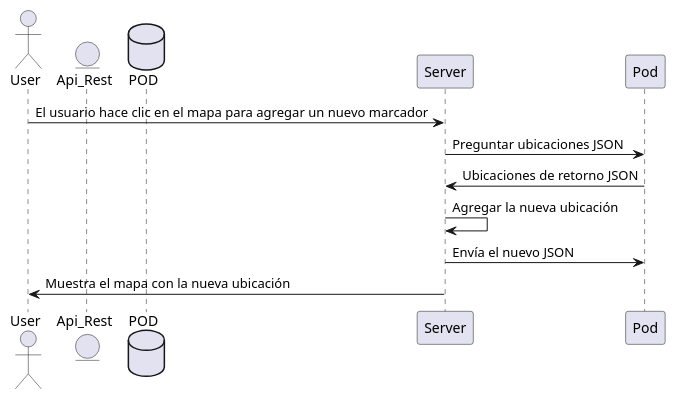
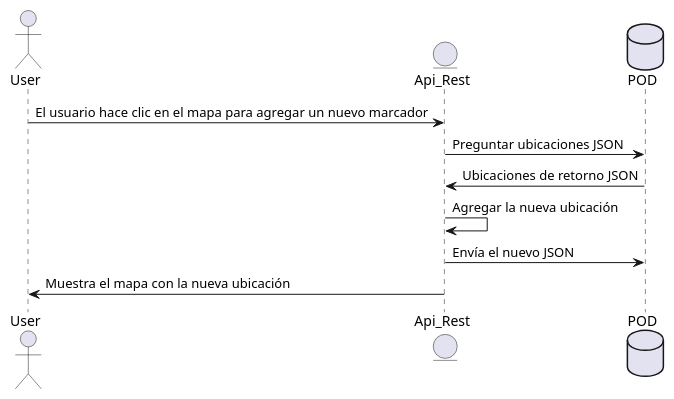
One commit to Arquisoft/lomap_es6a changed the third of 5 diagrams in docs/06_runtime_view.adoc. Above: the diagram before and after it, drawn with PlantUML. The commit also changed other lines of this file and 1 other file, not shown here.

```diff
--- a/docs/06_runtime_view.adoc
+++ b/docs/06_runtime_view.adoc
@@ -72,13 +72,13 @@
 [plantuml,"Sequence diagram - Saving Locations - mobileapp",png] 
 ----
 actor User 
 entity Api_Rest
 database POD 
  
-User-> Server: El usuario hace clic en el mapa para agregar un nuevo marcador 
-Server ->Pod: Preguntar ubicaciones JSON 
-Pod-> Server: Ubicaciones de retorno JSON
-Server -> Server: Agregar la nueva ubicación
-Server ->Pod: Envía el nuevo JSON
-Server ->User: Muestra el mapa con la nueva ubicación
+User-> Api_Rest: El usuario hace clic en el mapa para agregar un nuevo marcador 
+Api_Rest ->POD: Preguntar ubicaciones JSON 
+POD-> Api_Rest: Ubicaciones de retorno JSON
+Api_Rest -> Api_Rest: Agregar la nueva ubicación
+Api_Rest ->POD: Envía el nuevo JSON
+Api_Rest ->User: Muestra el mapa con la nueva ubicación
 ----  
```
